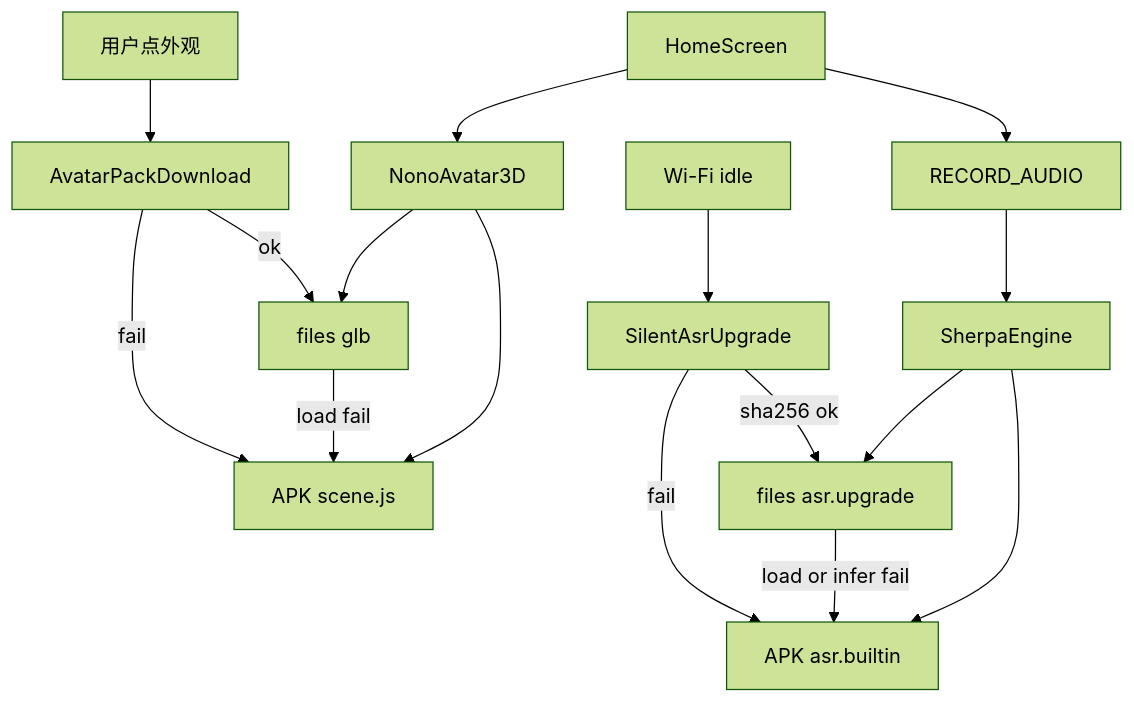
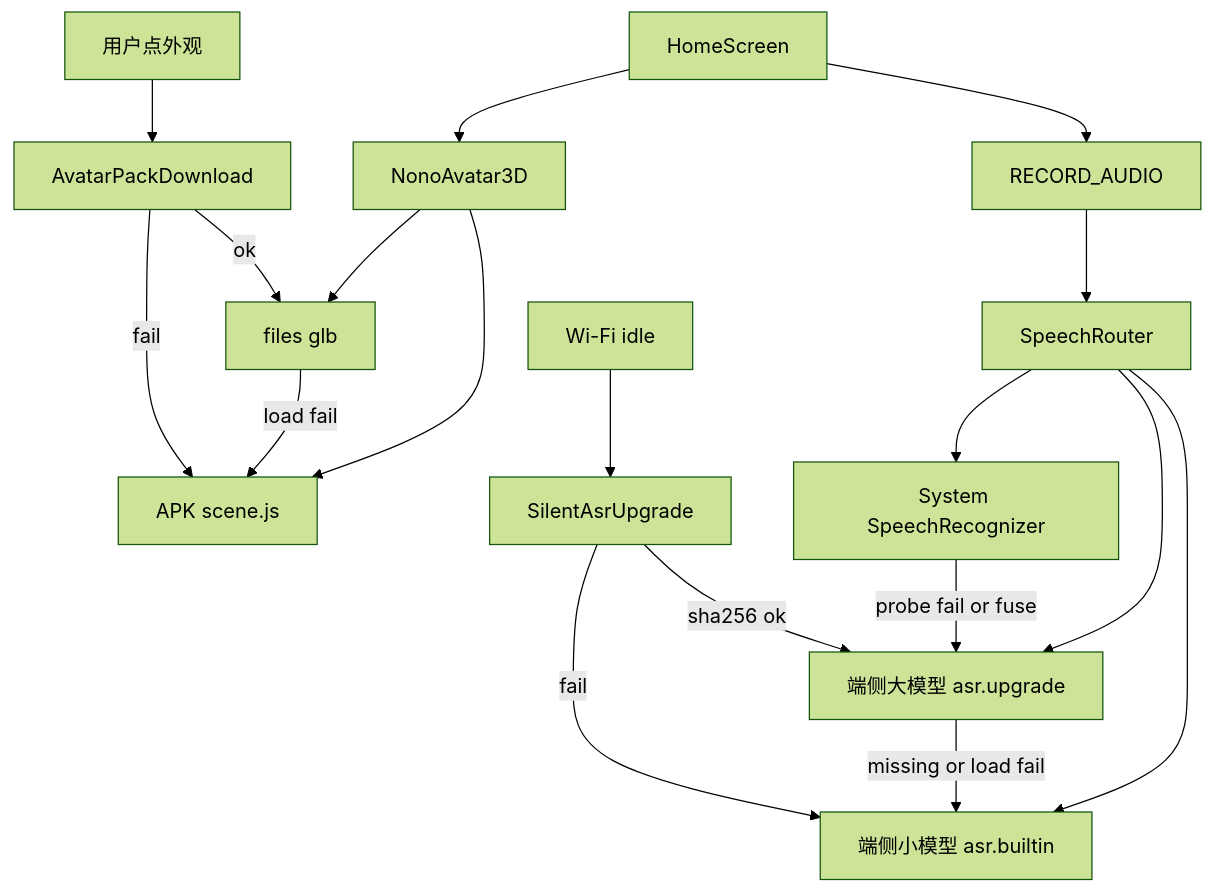
Before and after one commit to lisret/a2a_ai_mobile: the diagram in docs/superpowers/specs/2026-08-19-nono-avatar-asr-local-packs-design.md, drawn with Mermaid (forest theme). The commit also changed other lines of this file and 1 other file, not shown here.

First line of the commit message:
docs: prefer system speech then large then small ASR

````diff
--- a/docs/superpowers/specs/2026-08-19-nono-avatar-asr-local-packs-design.md
+++ b/docs/superpowers/specs/2026-08-19-nono-avatar-asr-local-packs-design.md
@@ -59,18 +61,20 @@
 ```mermaid
 flowchart TD
   Home[HomeScreen] --> Avatar[NonoAvatar3D]
   Avatar --> Builtin3D[APK scene.js]
   Avatar --> Pack3D[files glb]
   Pack3D -->|load fail| Builtin3D
   Home --> Mic[RECORD_AUDIO]
-  Mic --> Asr[SherpaEngine]
-  Asr --> BuiltinAsr[APK asr.builtin]
-  Asr --> UpgradeAsr[files asr.upgrade]
-  UpgradeAsr -->|load or infer fail| BuiltinAsr
+  Mic --> Router[SpeechRouter]
+  Router --> Sys[System SpeechRecognizer]
+  Router --> UpgradeAsr[端侧大模型 asr.upgrade]
+  Router --> BuiltinAsr[端侧小模型 asr.builtin]
+  Sys -->|probe fail or fuse| UpgradeAsr
+  UpgradeAsr -->|missing or load fail| BuiltinAsr
   Wifi[Wi-Fi idle] --> Silent[SilentAsrUpgrade]
   Silent -->|sha256 ok| UpgradeAsr
   Silent -->|fail| BuiltinAsr
   UserPick[用户点外观] --> AvatarDl[AvatarPackDownload]
   AvatarDl -->|ok| Pack3D
   AvatarDl -->|fail| Builtin3D
 ```
````
